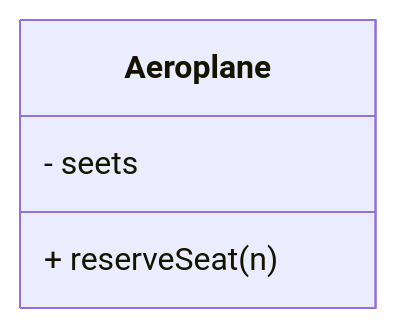
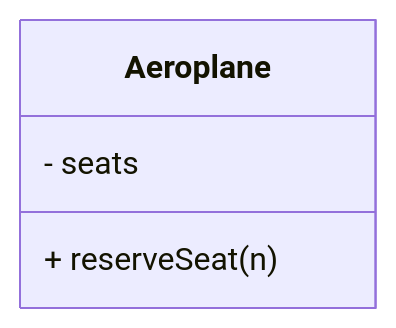
The sixth of 7 diagrams in oop/index.qmd (kandolfp/MECH-M-DUAL-1-SWD), drawn with Mermaid before and after one commit. The commit also changed other lines of this file, not shown here.

````diff
--- a/oop/index.qmd
+++ b/oop/index.qmd
@@ -396,8 +396,8 @@
 ```{mermaid}
 %%| fig-cap: "Aeroplane for a booking system"
 classDiagram
     class Aeroplane{
-        - seets
+        - seats
         + reserveSeat(n)
     }
 ```
````
